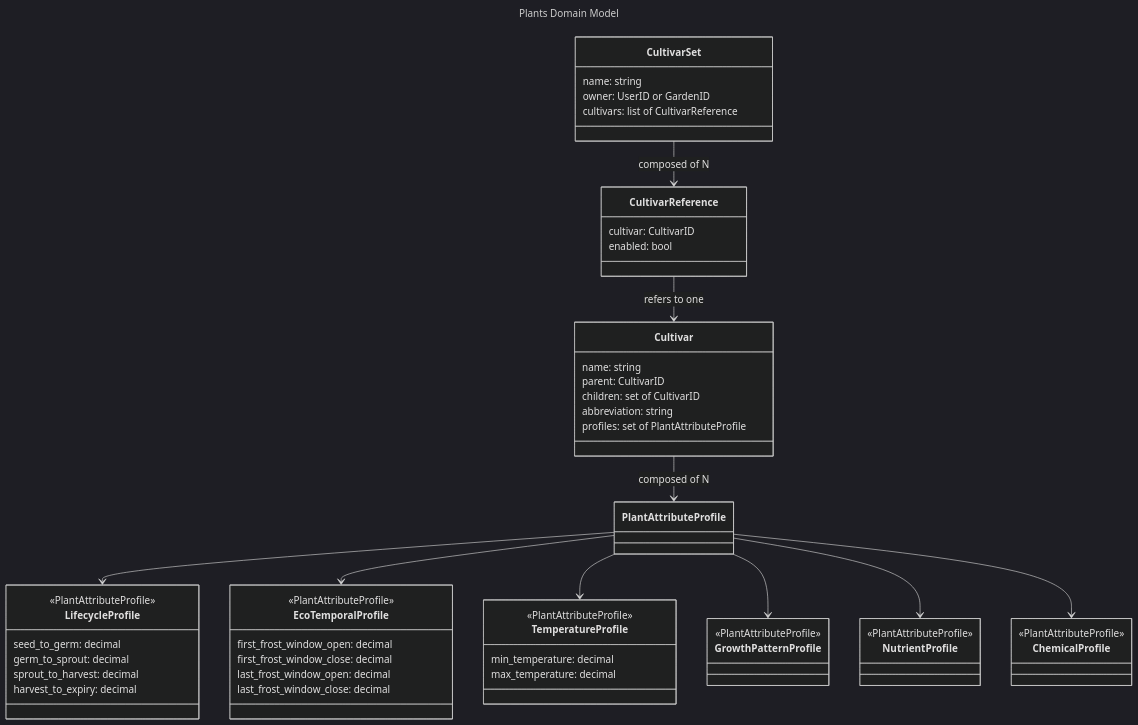
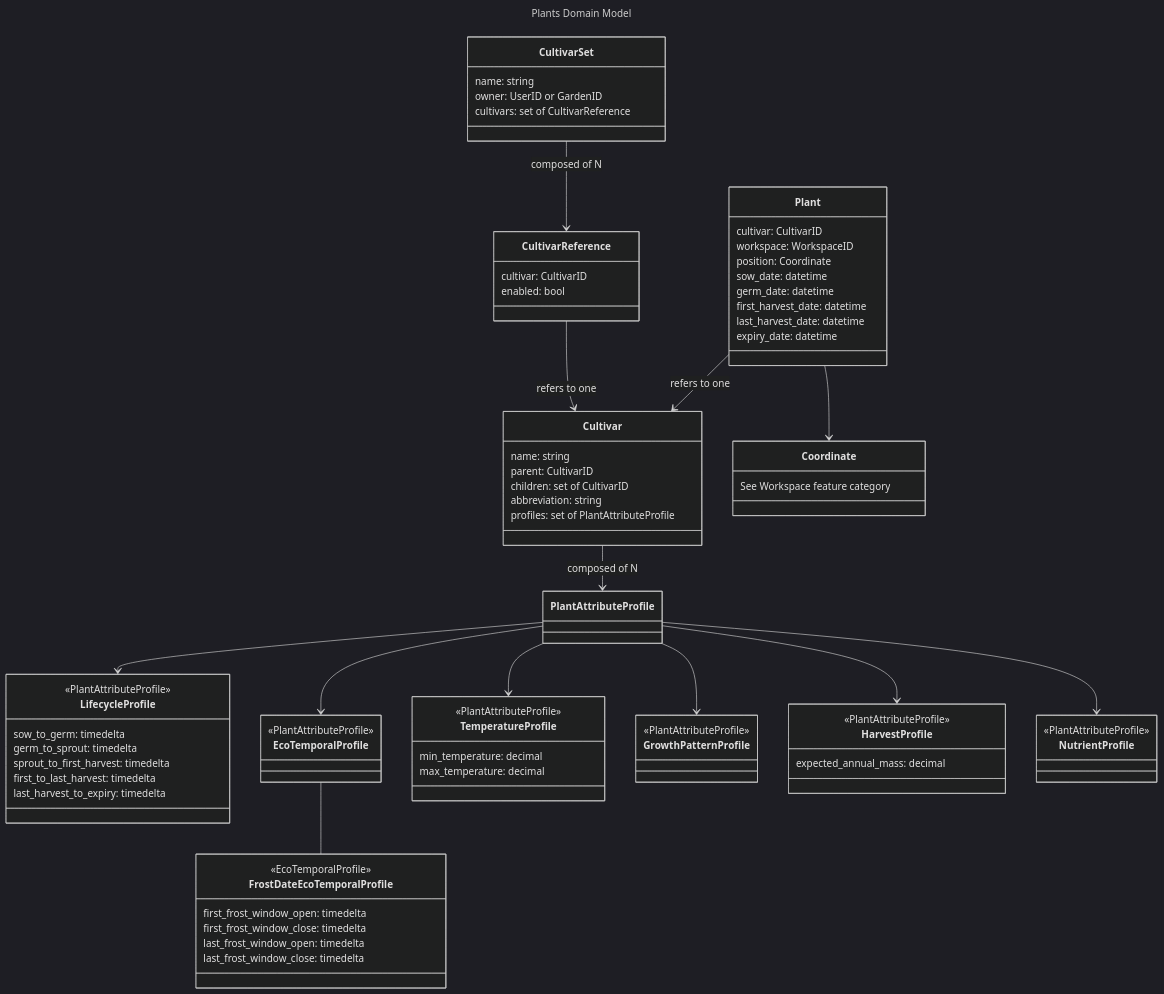
One commit to VerdanTech/Vdt-Webapp changed the diagram in outline/plants/models.md. Above: the diagram before and after it, drawn with Mermaid (dark theme). The commit also changed other lines of this file and 14 other files, not shown here.

````diff
--- a/outline/plants/models.md
+++ b/outline/plants/models.md
@@ -11,15 +11,18 @@
     Cultivar --> PlantAttributeProfile : composed of N
     PlantAttributeProfile --> LifecycleProfile
     PlantAttributeProfile --> EcoTemporalProfile
+    EcoTemporalProfile -- FrostDateEcoTemporalProfile
     PlantAttributeProfile --> TemperatureProfile
     PlantAttributeProfile --> GrowthPatternProfile
+    PlantAttributeProfile --> HarvestProfile
     PlantAttributeProfile --> NutrientProfile
-    PlantAttributeProfile --> ChemicalProfile
+    Plant --> Cultivar : refers to one
+    Plant --> Coordinate
 
     class CultivarSet{
         name: string
         owner: UserID or GardenID
-        cultivars: list of CultivarReference
+        cultivars: set of CultivarReference
     }
     class CultivarReference{
         cultivar: CultivarID
@@ -37,18 +40,21 @@
     }
     class LifecycleProfile{
         <<PlantAttributeProfile>>
-        seed_to_germ: decimal
-        germ_to_sprout: decimal
-        sprout_to_harvest: decimal
-        harvest_to_expiry: decimal
+        sow_to_germ: timedelta
+        germ_to_sprout: timedelta
+        sprout_to_first_harvest: timedelta
+        first_to_last_harvest: timedelta
+        last_harvest_to_expiry: timedelta
     }
     class EcoTemporalProfile{
         <<PlantAttributeProfile>>
-        first_frost_window_open: decimal
-        first_frost_window_close: decimal
-        last_frost_window_open: decimal
-        last_frost_window_close: decimal
-
+    }
+    class FrostDateEcoTemporalProfile{
+        <<EcoTemporalProfile>>
+        first_frost_window_open: timedelta
+        first_frost_window_close: timedelta
+        last_frost_window_open: timedelta
+        last_frost_window_close: timedelta
     }
     class TemperatureProfile{
         <<PlantAttributeProfile>>
@@ -58,13 +64,28 @@
     class GrowthPatternProfile{
         <<PlantAttributeProfile>>
     }
+    class HarvestProfile{
+        <<PlantAttributeProfile>>
+        expected_annual_mass: decimal
+
+    }
     class NutrientProfile{
         <<PlantAttributeProfile>>
 
     }
-    class ChemicalProfile{
-        <<PlantAttributeProfile>>
 
+    class Plant{
+        cultivar: CultivarID
+        workspace: WorkspaceID
+        position: Coordinate
+        sow_date: datetime
+        germ_date: datetime
+        first_harvest_date: datetime
+        last_harvest_date: datetime
+        expiry_date: datetime
+    }
+    class Coordinate{
+        See Workspace feature category
     }
 
 ```
````
